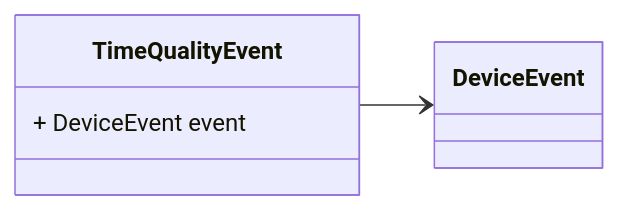
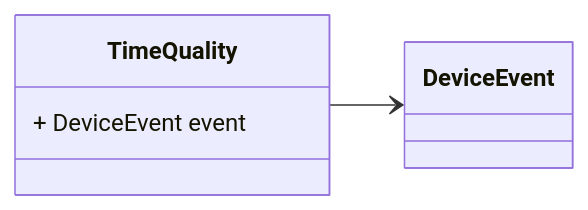
One commit to zaphiro-technologies/protobuf changed the third of 8 diagrams in docs/device_event.proto.md. Above: the diagram before and after it, drawn with Mermaid. The commit also changed other lines of this file and 2 other files, not shown here.

First line of the commit message:
Remove `Event` from the name of `DeviceEvent` subclasses (#37)

````diff
--- a/docs/device_event.proto.md
+++ b/docs/device_event.proto.md
@@ -68,12 +68,12 @@
 ```mermaid
 classDiagram
 direction LR
 
 %% 
 
-class TimeQualityEvent {
+class TimeQuality {
   + DeviceEvent event
 }
-TimeQualityEvent --> `DeviceEvent`
+TimeQuality --> `DeviceEvent`
 
 ```
````
